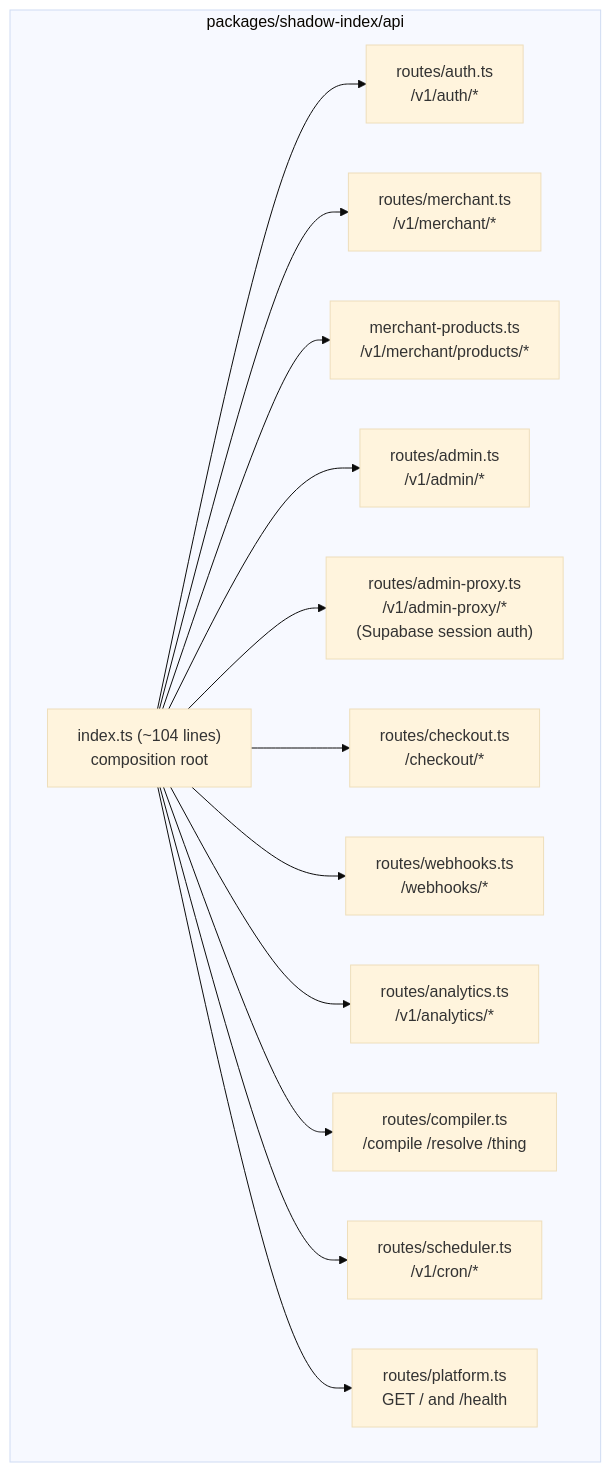
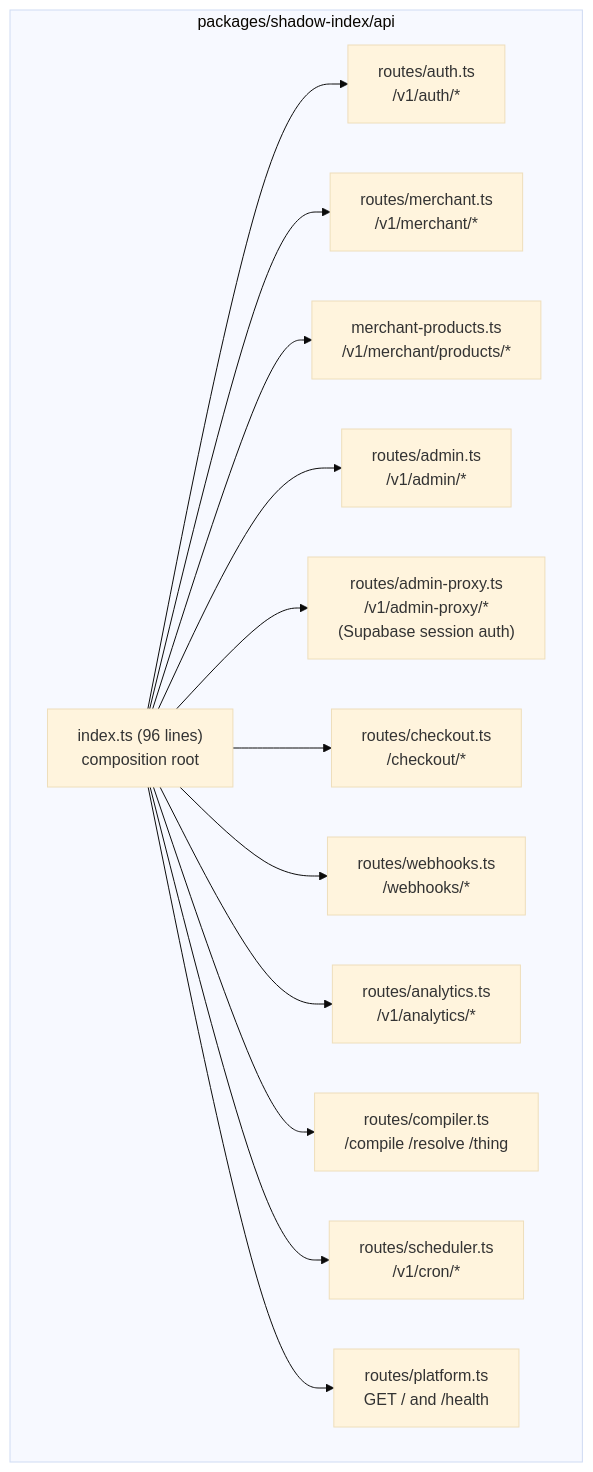
The second of 8 diagrams in docs/07-SYSTEM-DIAGRAMS.md (MatomeMb/FairFlow), drawn with Mermaid (base theme) before and after one commit. The commit also changed other lines of this file and 2 other files, not shown here.

Commit message:
docs: update system diagrams and package READMEs
Made-with: Cursor

````diff
--- a/docs/07-SYSTEM-DIAGRAMS.md
+++ b/docs/07-SYSTEM-DIAGRAMS.md
@@ -64,17 +64,17 @@
 ```mermaid
 graph TB
     subgraph "packages/shadow-index/api"
-        IDX["index.ts (~104 lines)\ncomposition root"]
+        IDX["index.ts (96 lines)\ncomposition root"]
         IDX --> AUTH["routes/auth.ts\n/v1/auth/*"]
         IDX --> MERCH["routes/merchant.ts\n/v1/merchant/*"]
         IDX --> PROD["merchant-products.ts\n/v1/merchant/products/*"]
         IDX --> ADMIN["routes/admin.ts\n/v1/admin/*"]
         IDX --> PROXY["routes/admin-proxy.ts\n/v1/admin-proxy/*\n(Supabase session auth)"]
         IDX --> CHECKOUT["routes/checkout.ts\n/checkout/*"]
         IDX --> WEBHOOKS["routes/webhooks.ts\n/webhooks/*"]
         IDX --> ANALYTICS["routes/analytics.ts\n/v1/analytics/*"]
         IDX --> COMPILER["routes/compiler.ts\n/compile /resolve /thing"]
         IDX --> SCHED["routes/scheduler.ts\n/v1/cron/*"]
         IDX --> PLATFORM["routes/platform.ts\nGET / and /health"]
     end
 ```
````
